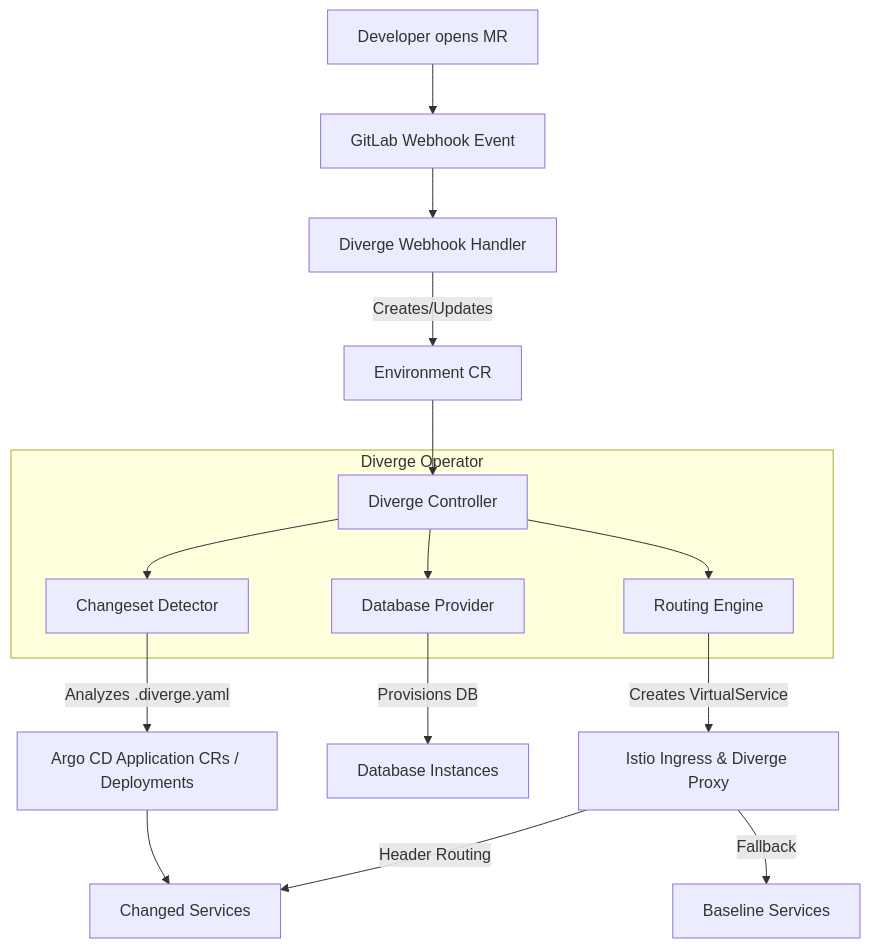
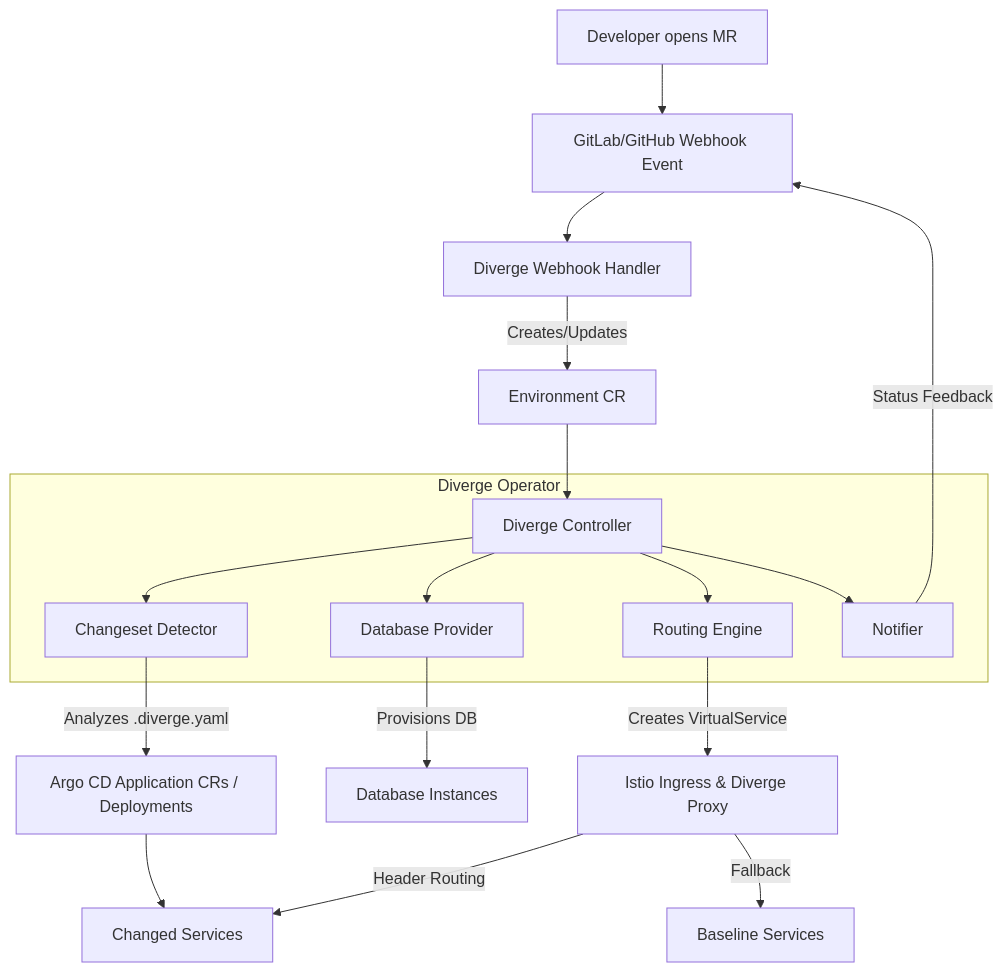
Before and after one commit to divergedev/diverge: the diagram in docs/architecture.md, drawn with Mermaid. The commit also changed other lines of this file and 3 other files, not shown here.

First line of the commit message:
docs: update README, AGENTS, CONTRIBUTING, and architecture for current state

````diff
--- a/docs/architecture.md
+++ b/docs/architecture.md
@@ -10,21 +10,23 @@
 ```mermaid
 flowchart TD
-    A[Developer opens MR] --> B[GitLab Webhook Event]
+    A[Developer opens MR] --> B[GitLab/GitHub Webhook Event]
     B --> C[Diverge Webhook Handler]
     C -->|Creates/Updates| D[Environment CR]
     D --> E[Diverge Controller]
 
     subgraph Diverge Operator
         E --> F[Changeset Detector]
         E --> G[Database Provider]
         E --> H[Routing Engine]
+        E --> N[Notifier]
     end
 
     F -->|Analyzes .diverge.yaml| I[Argo CD Application CRs / Deployments]
     G -->|Provisions DB| J[Database Instances]
     H -->|Creates VirtualService| K[Istio Ingress & Diverge Proxy]
+    N -->|Status Feedback| B
 
     I --> L[Changed Services]
     K -->|Header Routing| L
     K -->|Fallback| M[Baseline Services]
 ```
````
